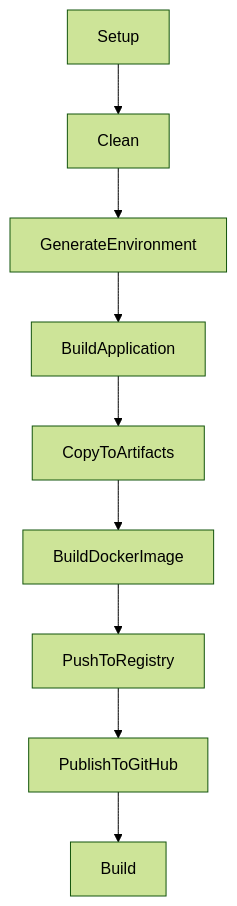
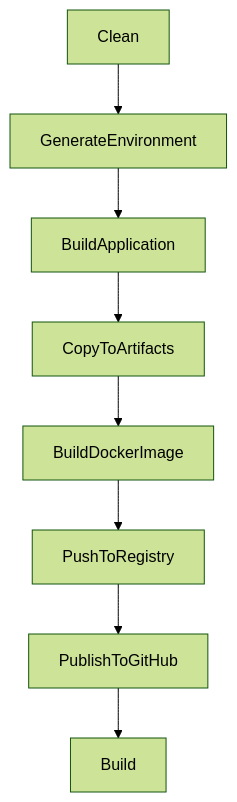
The fourth of 4 diagrams in documentation/docs/targets.md (The-Running-Dev/Docker-BuildAgent), drawn with Mermaid (forest theme) before and after one commit. The commit also changed other lines of this file and 8 other files, not shown here.

````diff
--- a/documentation/docs/targets.md
+++ b/documentation/docs/targets.md
@@ -89,4 +87,4 @@
 ```mermaid
 flowchart TD
-    Setup --> Clean --> GenerateEnvironment --> BuildApplication --> CopyToArtifacts --> BuildDockerImage --> PushToRegistry --> PublishToGitHub --> Build
+    Clean --> GenerateEnvironment --> BuildApplication --> CopyToArtifacts --> BuildDockerImage --> PushToRegistry --> PublishToGitHub --> Build
 ```
````
